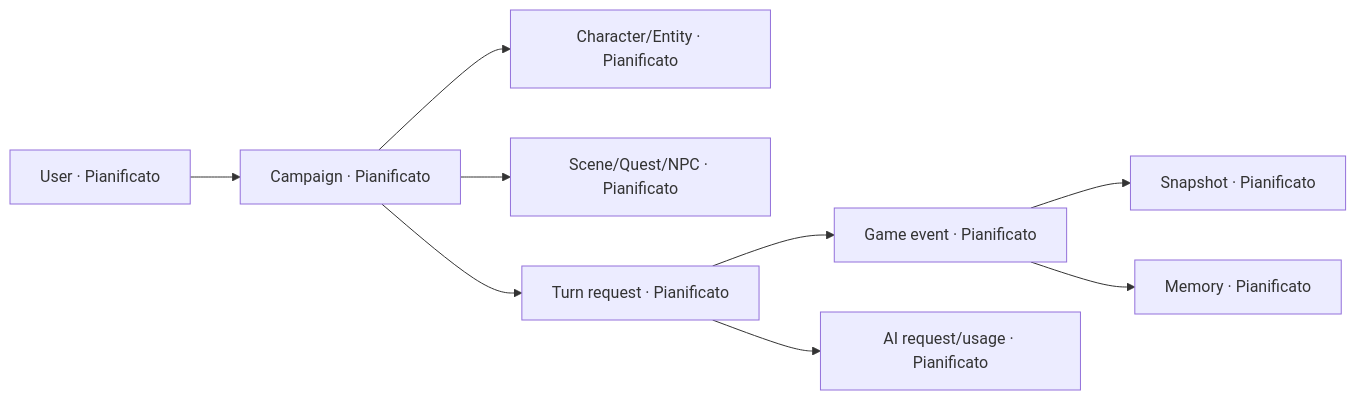
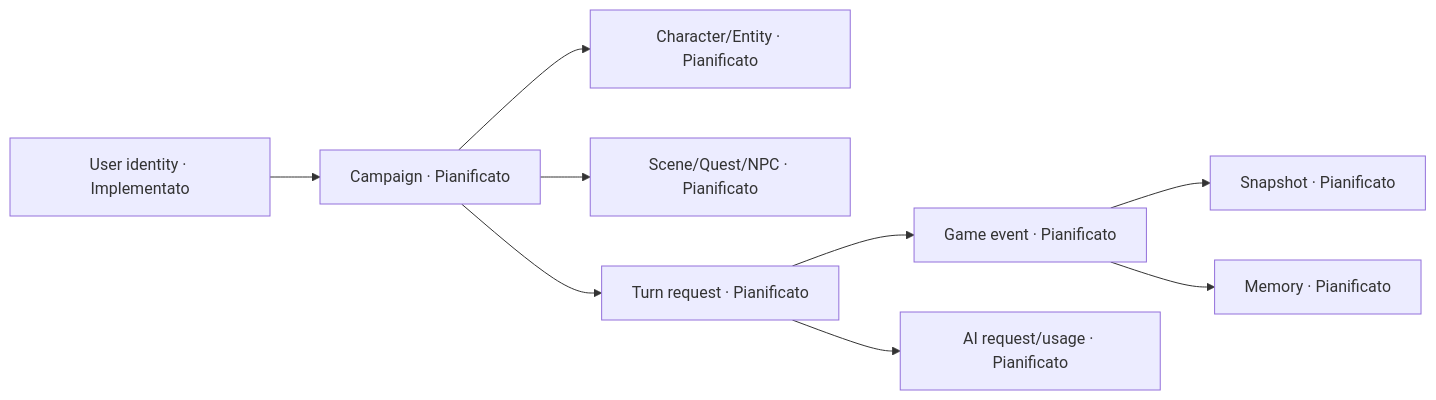
Before and after one commit to Emacore17/dnd-ai: the second of 2 diagrams in docs/data/DATA_MODEL.md, drawn with Mermaid. The commit also changed other lines of this file and 130 other files, not shown here.

````diff
--- a/docs/data/DATA_MODEL.md
+++ b/docs/data/DATA_MODEL.md
@@ -160,11 +191,11 @@
 ```mermaid
 flowchart LR
-    USER["User · Pianificato"] --> CAMPAIGN["Campaign · Pianificato"]
+    USER["User identity · Implementato"] --> CAMPAIGN["Campaign · Pianificato"]
     CAMPAIGN --> CHARACTER["Character/Entity · Pianificato"]
     CAMPAIGN --> SCENE["Scene/Quest/NPC · Pianificato"]
     CAMPAIGN --> TURN["Turn request · Pianificato"]
     TURN --> EVENT["Game event · Pianificato"]
     EVENT --> SNAPSHOT["Snapshot · Pianificato"]
     EVENT --> MEMORY["Memory · Pianificato"]
     TURN --> AI_REQUEST["AI request/usage · Pianificato"]
 ```
````
